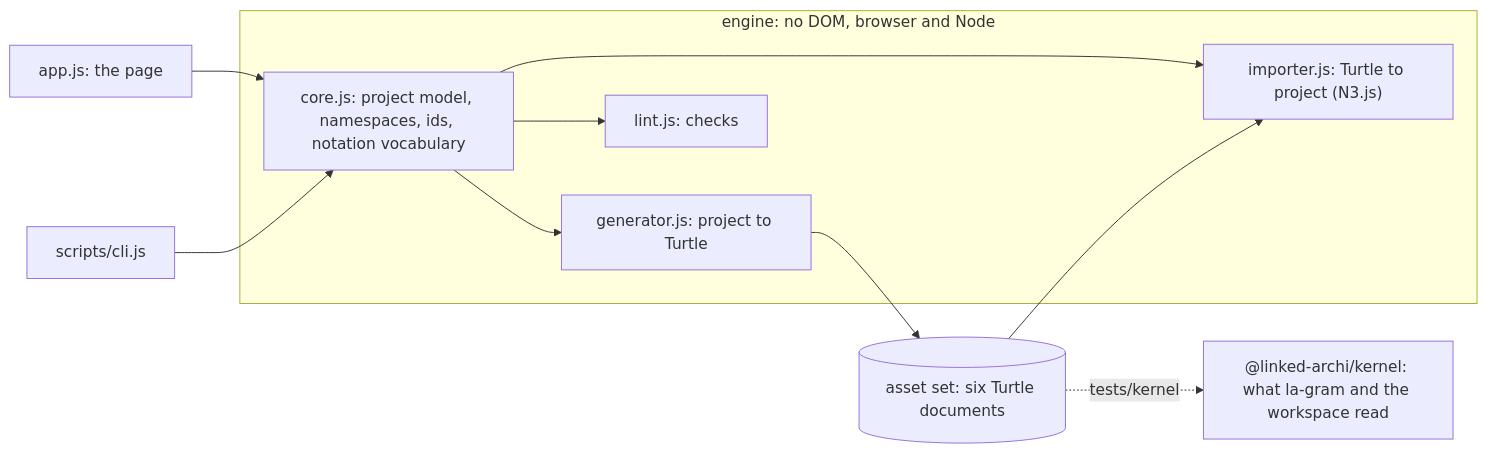
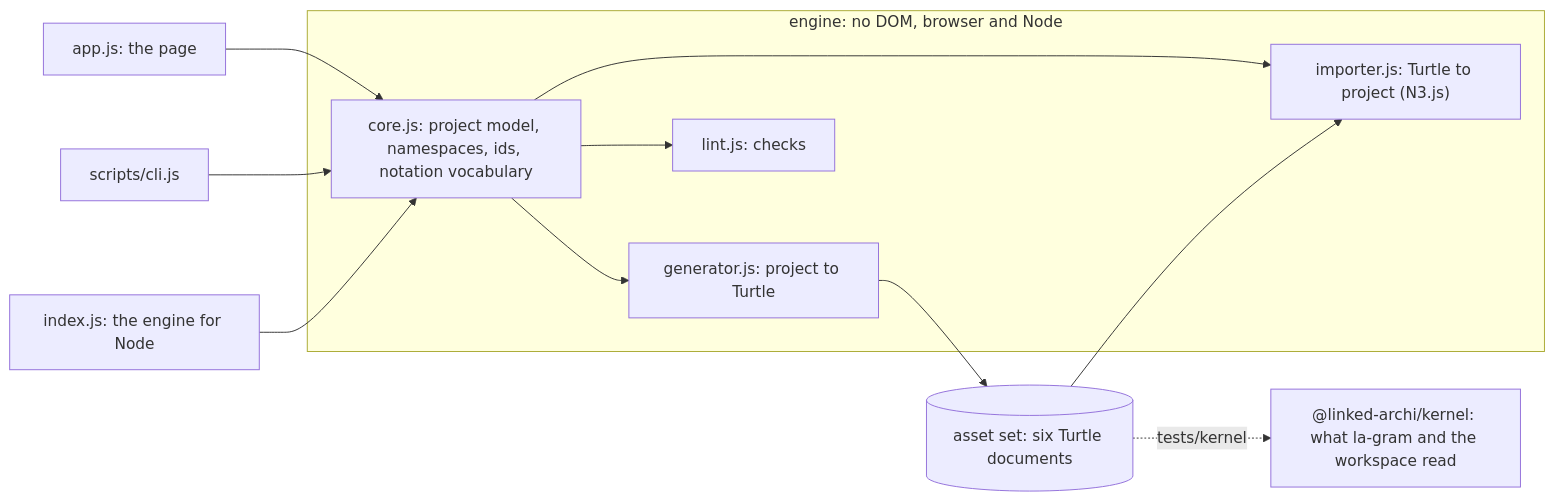
One commit to linked-archi/metamodel-studio changed the diagram in .agents/specs/studio/design.md. Above: the diagram before and after it, drawn with Mermaid. The commit also changed other lines of this file and 22 other files, not shown here.

````diff
--- a/.agents/specs/studio/design.md
+++ b/.agents/specs/studio/design.md
@@ -5,17 +5,18 @@
 ```mermaid
 flowchart LR
     UI["app.js: the page"] --> Core
     CLI["scripts/cli.js"] --> Core
+    Node["index.js: the engine for Node"] --> Core
     subgraph Engine["engine: no DOM, browser and Node"]
         Core["core.js: project model, namespaces, ids, notation vocabulary"]
         Gen["generator.js: project to Turtle"]
         Imp["importer.js: Turtle to project (N3.js)"]
         Lint["lint.js: checks"]
     end
     Core --> Gen
     Core --> Imp
     Core --> Lint
     Gen --> Set[("asset set: six Turtle documents")]
     Set --> Imp
     Set -. tests/kernel .-> Kernel["@linked-archi/kernel: what la-gram and the workspace read"]
 ```
````
